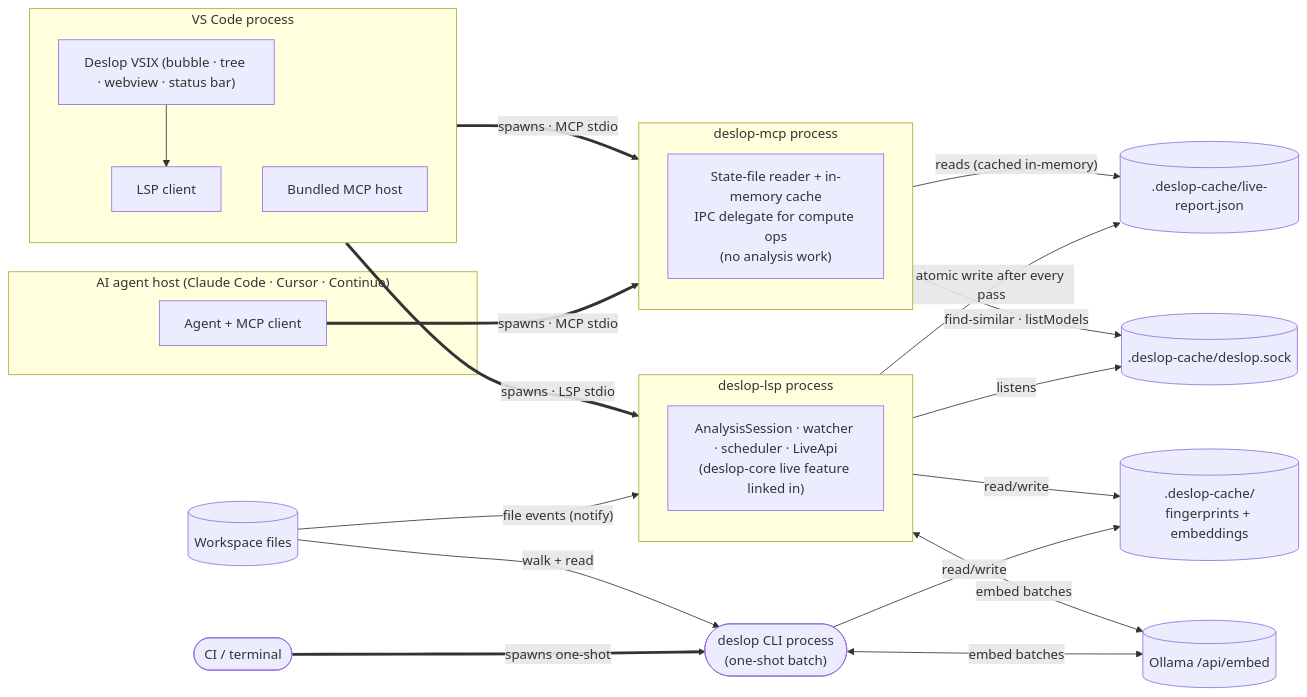
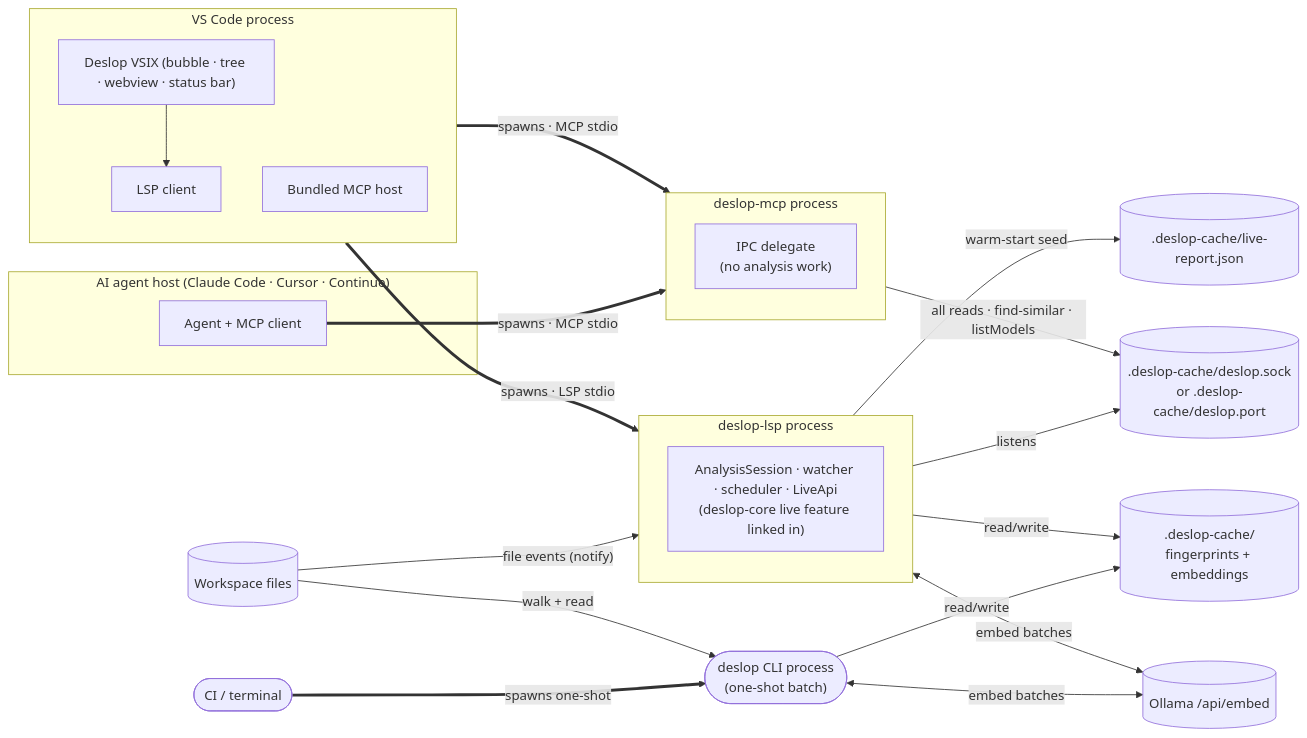
Before and after one commit to Nimblesite/Deslop: the diagram in docs/specs/live.md, drawn with Mermaid. The commit also changed other lines of this file and 28 other files, not shown here.

````diff
--- a/docs/specs/live.md
+++ b/docs/specs/live.md
@@ -17,51 +17,50 @@
 ```mermaid
 flowchart LR
     CI(["CI / terminal"])
 
     subgraph VSCode["VS Code process"]
         direction TB
         UI["Deslop VSIX (bubble · tree · webview · status bar)"]
         LspClient["LSP client"]
         McpHost["Bundled MCP host"]
         UI --> LspClient
     end
 
     subgraph AgentHost["AI agent host (Claude Code · Cursor · Continue)"]
         Agent["Agent + MCP client"]
     end
 
     subgraph LspProc["deslop-lsp process"]
         LspInner["AnalysisSession · watcher · scheduler · LiveApi\n(deslop-core live feature linked in)"]
     end
 
     subgraph McpProc["deslop-mcp process"]
-        McpInner["State-file reader + in-memory cache\nIPC delegate for compute ops\n(no analysis work)"]
+        McpInner["IPC delegate\n(no analysis work)"]
     end
 
     CliProc(["deslop CLI process\n(one-shot batch)"])
 
     StateFile[(".deslop-cache/live-report.json")]
-    IpcSocket[(".deslop-cache/deslop.sock")]
+    IpcSocket[(".deslop-cache/deslop.sock\nor .deslop-cache/deslop.port")]
     DiskCache[(".deslop-cache/\nfingerprints + embeddings")]
     Workspace[(Workspace files)]
     Ollama[(Ollama /api/embed)]
 
     LspClient == "spawns · LSP stdio" ==> LspProc
     McpHost == "spawns · MCP stdio" ==> McpProc
     Agent == "spawns · MCP stdio" ==> McpProc
     CI == "spawns one-shot" ==> CliProc
 
     Workspace -- "file events (notify)" --> LspProc
     Workspace -- "walk + read" --> CliProc
 
-    LspProc -- "atomic write after every pass" --> StateFile
+    LspProc -- "warm-start seed" --> StateFile
     LspProc -- "read/write" --> DiskCache
     LspProc -- "listens" --> IpcSocket
     LspProc <-- "embed batches" --> Ollama
 
-    McpProc -- "reads (cached in-memory)" --> StateFile
-    McpProc -- "find-similar · listModels" --> IpcSocket
+    McpProc -- "all reads · find-similar · listModels" --> IpcSocket
 
     CliProc -- "read/write" --> DiskCache
     CliProc <-- "embed batches" --> Ollama
 ```
````
